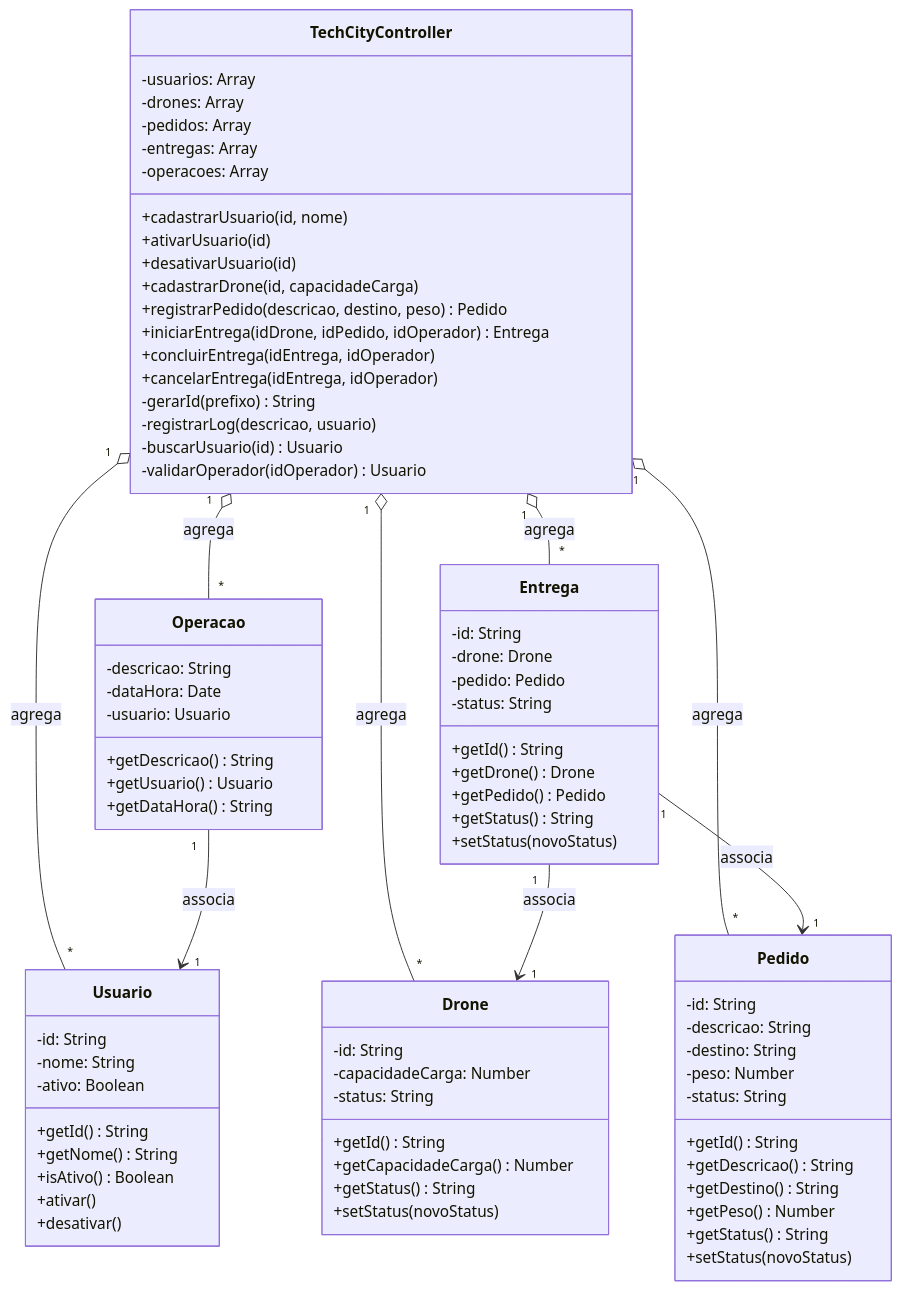
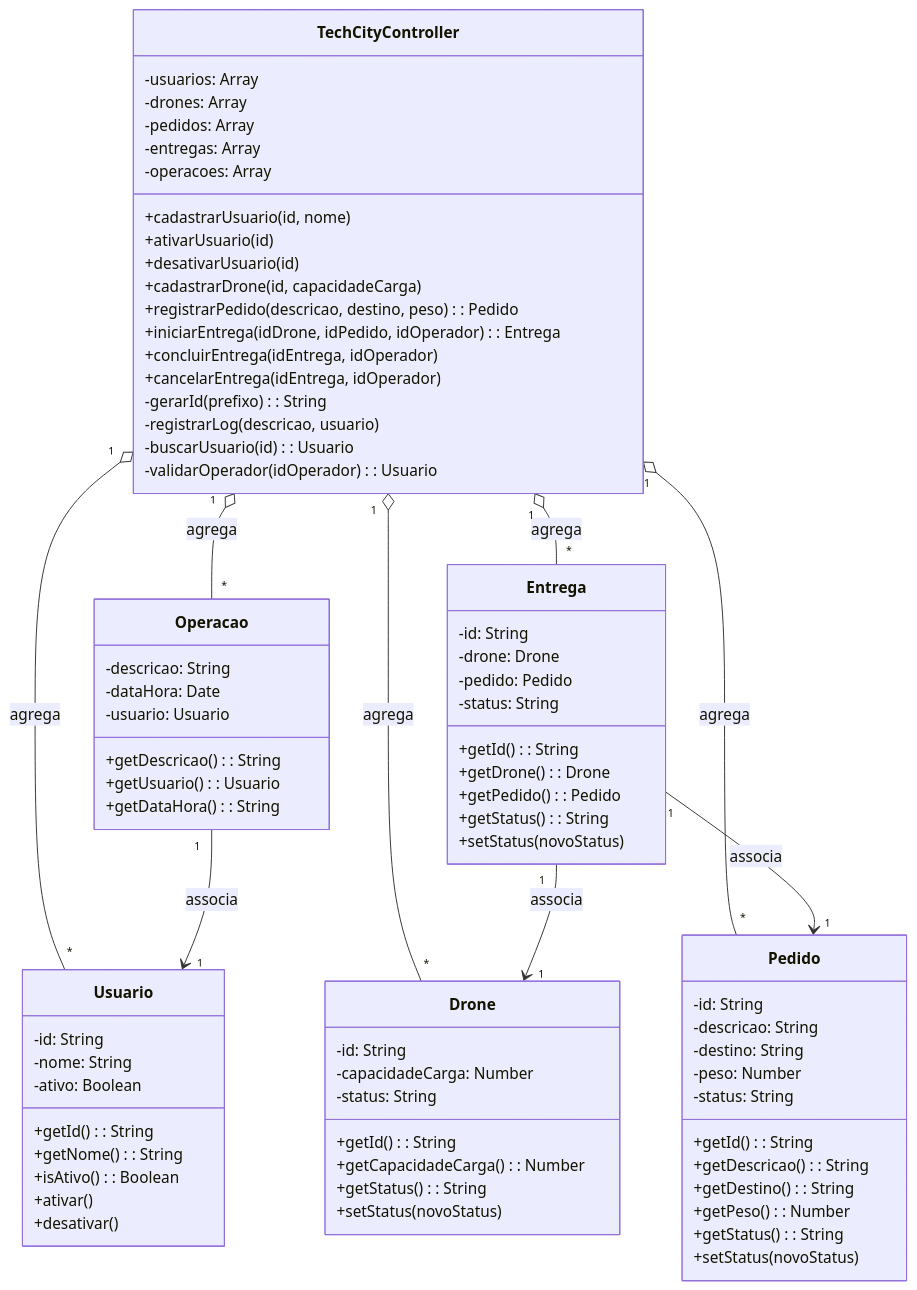
The diagram in README.md (hab2-cloud/projeto-poo), drawn with Mermaid before and after one commit. The commit also changed other lines of this file, not shown here.

Commit message:
Update README.md
Update README with improved formatting and UML syntax.

````diff
--- a/README.md
+++ b/README.md
@@ -85,4 +85,4 @@
-~~~mermaid
+```mermaid
 classDiagram
     class TechCityController {
         -usuarios: Array
@@ -94,23 +94,23 @@
         +ativarUsuario(id)
         +desativarUsuario(id)
         +cadastrarDrone(id, capacidadeCarga)
-        +registrarPedido(descricao, destino, peso) Pedido
-        +iniciarEntrega(idDrone, idPedido, idOperador) Entrega
+        +registrarPedido(descricao, destino, peso) : Pedido
+        +iniciarEntrega(idDrone, idPedido, idOperador) : Entrega
         +concluirEntrega(idEntrega, idOperador)
         +cancelarEntrega(idEntrega, idOperador)
-        -gerarId(prefixo) String
+        -gerarId(prefixo) : String
         -registrarLog(descricao, usuario)
-        -buscarUsuario(id) Usuario
-        -validarOperador(idOperador) Usuario
+        -buscarUsuario(id) : Usuario
+        -validarOperador(idOperador) : Usuario
     }
 
     class Usuario {
         -id: String
         -nome: String
         -ativo: Boolean
-        +getId() String
-        +getNome() String
-        +isAtivo() Boolean
+        +getId() : String
+        +getNome() : String
+        +isAtivo() : Boolean
         +ativar()
         +desativar()
     }
@@ -119,18 +119,18 @@
         -descricao: String
         -dataHora: Date
         -usuario: Usuario
-        +getDescricao() String
-        +getUsuario() Usuario
-        +getDataHora() String
+        +getDescricao() : String
+        +getUsuario() : Usuario
+        +getDataHora() : String
     }
 
     class Drone {
         -id: String
         -capacidadeCarga: Number
         -status: String
-        +getId() String
-        +getCapacidadeCarga() Number
-        +getStatus() String
+        +getId() : String
+        +getCapacidadeCarga() : Number
+        +getStatus() : String
         +setStatus(novoStatus)
     }
 
@@ -140,11 +140,11 @@
         -destino: String
         -peso: Number
         -status: String
-        +getId() String
-        +getDescricao() String
-        +getDestino() String
-        +getPeso() Number
-        +getStatus() String
+        +getId() : String
+        +getDescricao() : String
+        +getDestino() : String
+        +getPeso() : Number
+        +getStatus() : String
         +setStatus(novoStatus)
     }
 
@@ -153,10 +153,10 @@
         -drone: Drone
         -pedido: Pedido
         -status: String
-        +getId() String
-        +getDrone() Drone
-        +getPedido() Pedido
-        +getStatus() String
+        +getId() : String
+        +getDrone() : Drone
+        +getPedido() : Pedido
+        +getStatus() : String
         +setStatus(novoStatus)
     }
 
@@ -168,4 +168,4 @@
     Operacao "1" --> "1" Usuario : associa
     Entrega "1" --> "1" Drone : associa
     Entrega "1" --> "1" Pedido : associa
-~~~
+```
````
